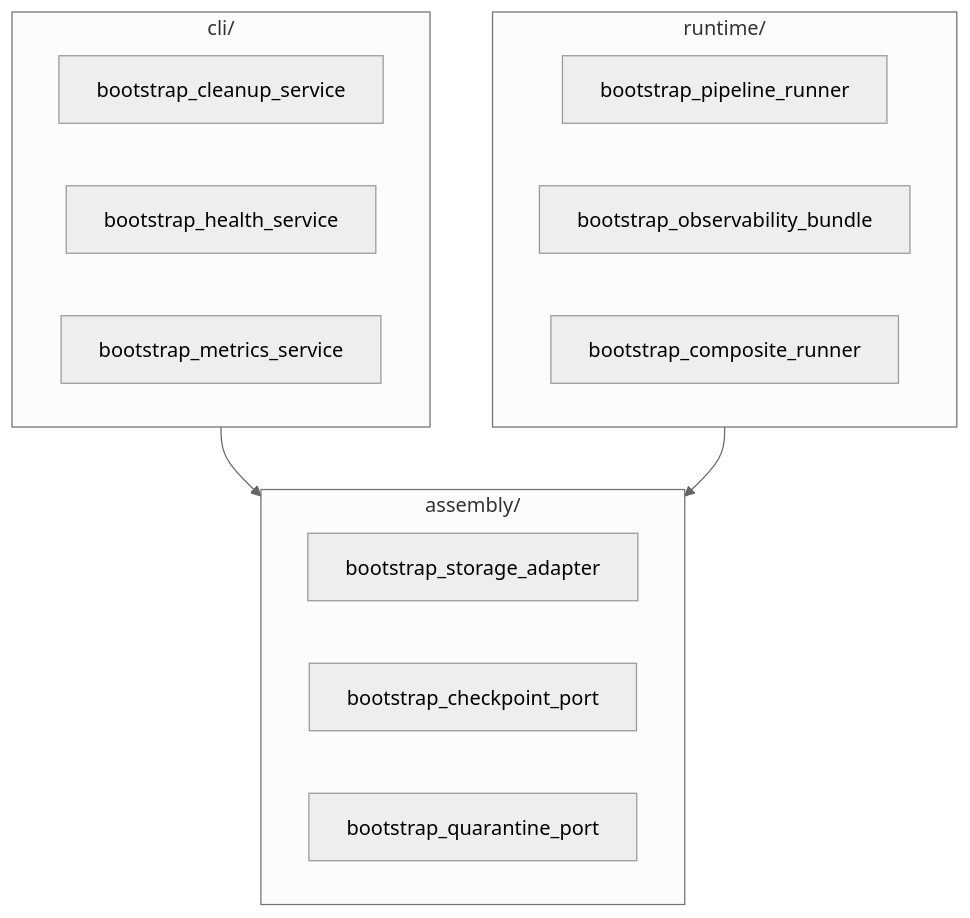
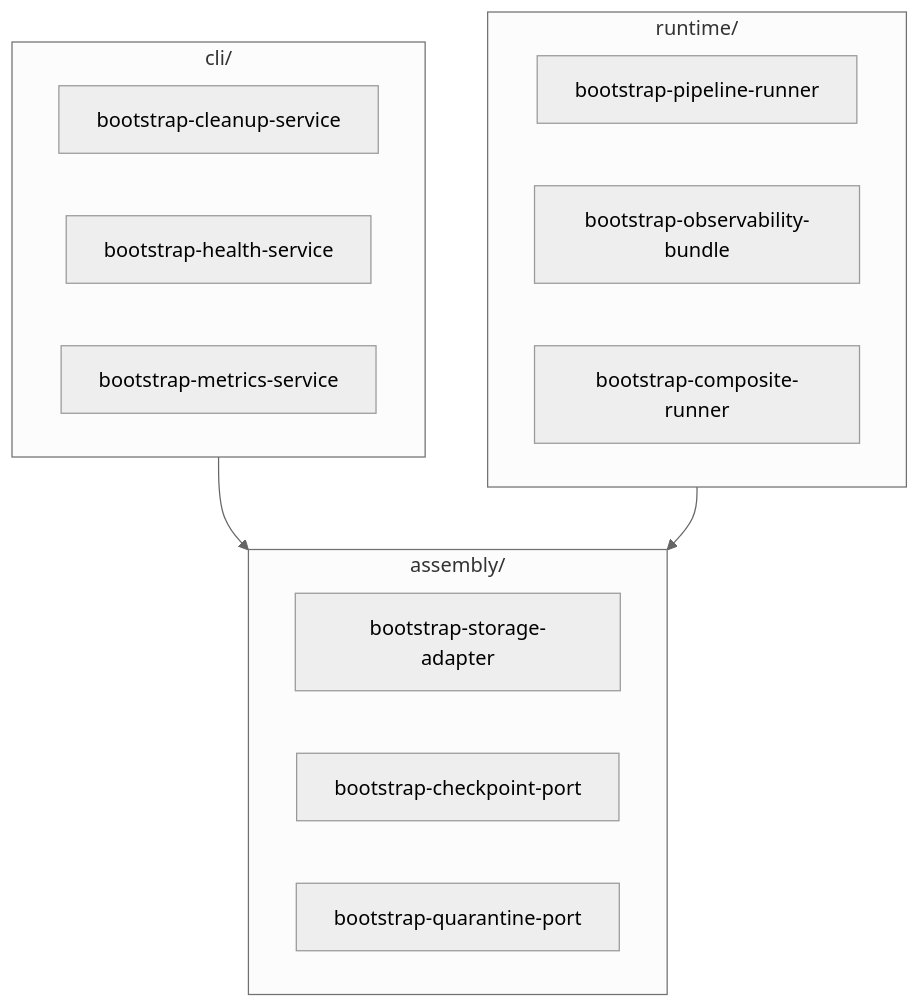
Before and after one commit to SatoryKono/BioactivityDataAcquisition: the first of 2 diagrams in docs/04-reference/api/composition/bootstrap.md, drawn with Mermaid (neutral theme). The commit also changed other lines of this file and 311 other files, not shown here.

````diff
--- a/docs/04-reference/api/composition/bootstrap.md
+++ b/docs/04-reference/api/composition/bootstrap.md
@@ -13,23 +13,23 @@
 ```mermaid
 flowchart TB
     subgraph Assembly["assembly/"]
-        StorageAdapter[bootstrap_storage_adapter]
-        CheckpointPort[bootstrap_checkpoint_port]
-        QuarantinePort[bootstrap_quarantine_port]
+        StorageAdapter[bootstrap-storage-adapter]
+        CheckpointPort[bootstrap-checkpoint-port]
+        QuarantinePort[bootstrap-quarantine-port]
     end
 
     subgraph CLI["cli/"]
-        CleanupService[bootstrap_cleanup_service]
-        HealthService[bootstrap_health_service]
-        MetricsService[bootstrap_metrics_service]
+        CleanupService[bootstrap-cleanup-service]
+        HealthService[bootstrap-health-service]
+        MetricsService[bootstrap-metrics-service]
     end
 
     subgraph Runtime["runtime/"]
-        PipelineRunner[bootstrap_pipeline_runner]
-        Observability[bootstrap_observability_bundle]
-        CompositeRunner[bootstrap_composite_runner]
+        PipelineRunner[bootstrap-pipeline-runner]
+        Observability[bootstrap-observability-bundle]
+        CompositeRunner[bootstrap-composite-runner]
     end
 
     CLI --> Assembly
     Runtime --> Assembly
 ```
````
